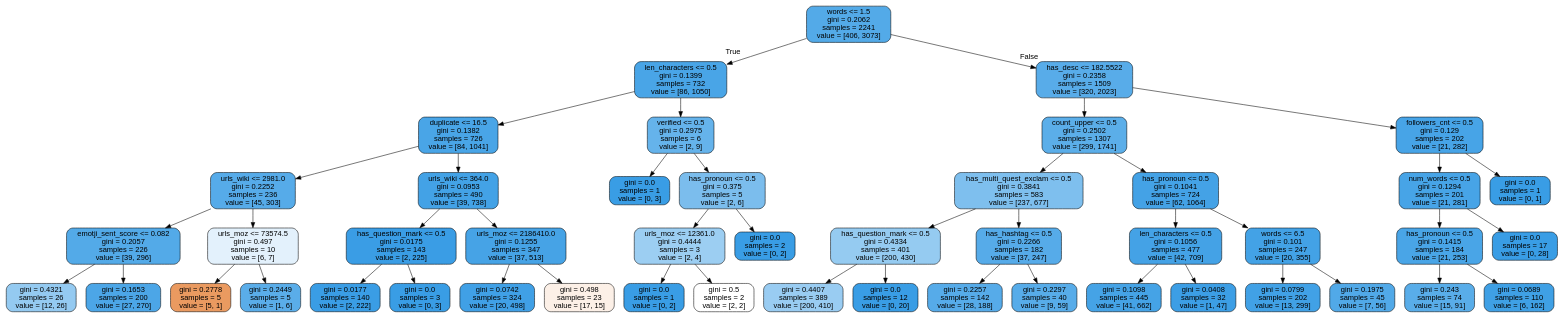
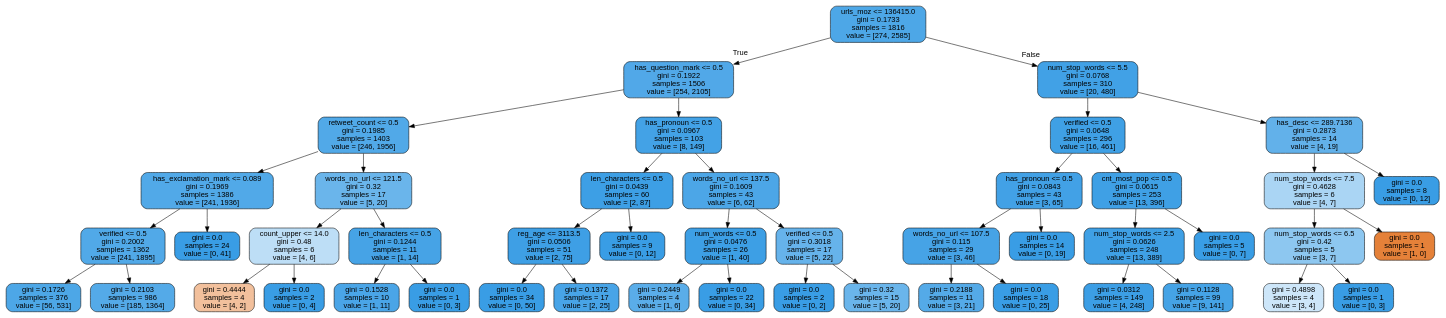
The diagram in Python/twitter_filter/trees/dtree8.dot (burningskies42/Twitter_Analytics), drawn with Graphviz before and after one commit. The commit also changed 96 other files, not shown here.

```diff
--- a/Python/twitter_filter/trees/dtree8.dot
+++ b/Python/twitter_filter/trees/dtree8.dot
@@ -1,97 +1,97 @@
 digraph Tree {
 node [shape=box, style="filled, rounded", color="black", fontname=helvetica] ;
 edge [fontname=helvetica] ;
-0 [label="words <= 1.5\ngini = 0.2062\nsamples = 2241\nvalue = [406, 3073]", fillcolor="#399de5dd"] ;
-1 [label="len_characters <= 0.5\ngini = 0.1399\nsamples = 732\nvalue = [86, 1050]", fillcolor="#399de5ea"] ;
+0 [label="urls_moz <= 136415.0\ngini = 0.1733\nsamples = 1816\nvalue = [274, 2585]", fillcolor="#399de5e4"] ;
+1 [label="has_question_mark <= 0.5\ngini = 0.1922\nsamples = 1506\nvalue = [254, 2105]", fillcolor="#399de5e0"] ;
 0 -> 1 [labeldistance=2.5, labelangle=45, headlabel="True"] ;
-2 [label="duplicate <= 16.5\ngini = 0.1382\nsamples = 726\nvalue = [84, 1041]", fillcolor="#399de5ea"] ;
+2 [label="retweet_count <= 0.5\ngini = 0.1985\nsamples = 1403\nvalue = [246, 1956]", fillcolor="#399de5df"] ;
 1 -> 2 ;
-3 [label="urls_wiki <= 2981.0\ngini = 0.2252\nsamples = 236\nvalue = [45, 303]", fillcolor="#399de5d9"] ;
+3 [label="has_exclamation_mark <= 0.089\ngini = 0.1969\nsamples = 1386\nvalue = [241, 1936]", fillcolor="#399de5df"] ;
 2 -> 3 ;
-4 [label="emotji_sent_score <= 0.082\ngini = 0.2057\nsamples = 226\nvalue = [39, 296]", fillcolor="#399de5dd"] ;
+4 [label="verified <= 0.5\ngini = 0.2002\nsamples = 1362\nvalue = [241, 1895]", fillcolor="#399de5df"] ;
 3 -> 4 ;
-5 [label="gini = 0.4321\nsamples = 26\nvalue = [12, 26]", fillcolor="#399de589"] ;
+5 [label="gini = 0.1726\nsamples = 376\nvalue = [56, 531]", fillcolor="#399de5e4"] ;
 4 -> 5 ;
-6 [label="gini = 0.1653\nsamples = 200\nvalue = [27, 270]", fillcolor="#399de5e6"] ;
+6 [label="gini = 0.2103\nsamples = 986\nvalue = [185, 1364]", fillcolor="#399de5dc"] ;
 4 -> 6 ;
-7 [label="urls_moz <= 73574.5\ngini = 0.497\nsamples = 10\nvalue = [6, 7]", fillcolor="#399de524"] ;
+7 [label="gini = 0.0\nsamples = 24\nvalue = [0, 41]", fillcolor="#399de5ff"] ;
 3 -> 7 ;
-8 [label="gini = 0.2778\nsamples = 5\nvalue = [5, 1]", fillcolor="#e58139cc"] ;
-7 -> 8 ;
-9 [label="gini = 0.2449\nsamples = 5\nvalue = [1, 6]", fillcolor="#399de5d4"] ;
-7 -> 9 ;
-10 [label="urls_wiki <= 364.0\ngini = 0.0953\nsamples = 490\nvalue = [39, 738]", fillcolor="#399de5f2"] ;
-2 -> 10 ;
-11 [label="has_question_mark <= 0.5\ngini = 0.0175\nsamples = 143\nvalue = [2, 225]", fillcolor="#399de5fd"] ;
-10 -> 11 ;
-12 [label="gini = 0.0177\nsamples = 140\nvalue = [2, 222]", fillcolor="#399de5fd"] ;
-11 -> 12 ;
-13 [label="gini = 0.0\nsamples = 3\nvalue = [0, 3]", fillcolor="#399de5ff"] ;
-11 -> 13 ;
-14 [label="urls_moz <= 2186410.0\ngini = 0.1255\nsamples = 347\nvalue = [37, 513]", fillcolor="#399de5ed"] ;
-10 -> 14 ;
-15 [label="gini = 0.0742\nsamples = 324\nvalue = [20, 498]", fillcolor="#399de5f5"] ;
-14 -> 15 ;
-16 [label="gini = 0.498\nsamples = 23\nvalue = [17, 15]", fillcolor="#e581391e"] ;
-14 -> 16 ;
-17 [label="verified <= 0.5\ngini = 0.2975\nsamples = 6\nvalue = [2, 9]", fillcolor="#399de5c6"] ;
-1 -> 17 ;
-18 [label="gini = 0.0\nsamples = 1\nvalue = [0, 3]", fillcolor="#399de5ff"] ;
+8 [label="words_no_url <= 121.5\ngini = 0.32\nsamples = 17\nvalue = [5, 20]", fillcolor="#399de5bf"] ;
+2 -> 8 ;
+9 [label="count_upper <= 14.0\ngini = 0.48\nsamples = 6\nvalue = [4, 6]", fillcolor="#399de555"] ;
+8 -> 9 ;
+10 [label="gini = 0.4444\nsamples = 4\nvalue = [4, 2]", fillcolor="#e581397f"] ;
+9 -> 10 ;
+11 [label="gini = 0.0\nsamples = 2\nvalue = [0, 4]", fillcolor="#399de5ff"] ;
+9 -> 11 ;
+12 [label="len_characters <= 0.5\ngini = 0.1244\nsamples = 11\nvalue = [1, 14]", fillcolor="#399de5ed"] ;
+8 -> 12 ;
+13 [label="gini = 0.1528\nsamples = 10\nvalue = [1, 11]", fillcolor="#399de5e8"] ;
+12 -> 13 ;
+14 [label="gini = 0.0\nsamples = 1\nvalue = [0, 3]", fillcolor="#399de5ff"] ;
+12 -> 14 ;
+15 [label="has_pronoun <= 0.5\ngini = 0.0967\nsamples = 103\nvalue = [8, 149]", fillcolor="#399de5f1"] ;
+1 -> 15 ;
+16 [label="len_characters <= 0.5\ngini = 0.0439\nsamples = 60\nvalue = [2, 87]", fillcolor="#399de5f9"] ;
+15 -> 16 ;
+17 [label="reg_age <= 3113.5\ngini = 0.0506\nsamples = 51\nvalue = [2, 75]", fillcolor="#399de5f8"] ;
+16 -> 17 ;
+18 [label="gini = 0.0\nsamples = 34\nvalue = [0, 50]", fillcolor="#399de5ff"] ;
 17 -> 18 ;
-19 [label="has_pronoun <= 0.5\ngini = 0.375\nsamples = 5\nvalue = [2, 6]", fillcolor="#399de5aa"] ;
+19 [label="gini = 0.1372\nsamples = 17\nvalue = [2, 25]", fillcolor="#399de5eb"] ;
 17 -> 19 ;
-20 [label="urls_moz <= 12361.0\ngini = 0.4444\nsamples = 3\nvalue = [2, 4]", fillcolor="#399de57f"] ;
-19 -> 20 ;
-21 [label="gini = 0.0\nsamples = 1\nvalue = [0, 2]", fillcolor="#399de5ff"] ;
-20 -> 21 ;
-22 [label="gini = 0.5\nsamples = 2\nvalue = [2, 2]", fillcolor="#e5813900"] ;
-20 -> 22 ;
-23 [label="gini = 0.0\nsamples = 2\nvalue = [0, 2]", fillcolor="#399de5ff"] ;
-19 -> 23 ;
-24 [label="has_desc <= 182.5522\ngini = 0.2358\nsamples = 1509\nvalue = [320, 2023]", fillcolor="#399de5d7"] ;
-0 -> 24 [labeldistance=2.5, labelangle=-45, headlabel="False"] ;
-25 [label="count_upper <= 0.5\ngini = 0.2502\nsamples = 1307\nvalue = [299, 1741]", fillcolor="#399de5d3"] ;
-24 -> 25 ;
-26 [label="has_multi_quest_exclam <= 0.5\ngini = 0.3841\nsamples = 583\nvalue = [237, 677]", fillcolor="#399de5a6"] ;
+20 [label="gini = 0.0\nsamples = 9\nvalue = [0, 12]", fillcolor="#399de5ff"] ;
+16 -> 20 ;
+21 [label="words_no_url <= 137.5\ngini = 0.1609\nsamples = 43\nvalue = [6, 62]", fillcolor="#399de5e6"] ;
+15 -> 21 ;
+22 [label="num_words <= 0.5\ngini = 0.0476\nsamples = 26\nvalue = [1, 40]", fillcolor="#399de5f9"] ;
+21 -> 22 ;
+23 [label="gini = 0.2449\nsamples = 4\nvalue = [1, 6]", fillcolor="#399de5d4"] ;
+22 -> 23 ;
+24 [label="gini = 0.0\nsamples = 22\nvalue = [0, 34]", fillcolor="#399de5ff"] ;
+22 -> 24 ;
+25 [label="verified <= 0.5\ngini = 0.3018\nsamples = 17\nvalue = [5, 22]", fillcolor="#399de5c5"] ;
+21 -> 25 ;
+26 [label="gini = 0.0\nsamples = 2\nvalue = [0, 2]", fillcolor="#399de5ff"] ;
 25 -> 26 ;
-27 [label="has_question_mark <= 0.5\ngini = 0.4334\nsamples = 401\nvalue = [200, 430]", fillcolor="#399de588"] ;
-26 -> 27 ;
-28 [label="gini = 0.4407\nsamples = 389\nvalue = [200, 410]", fillcolor="#399de583"] ;
-27 -> 28 ;
-29 [label="gini = 0.0\nsamples = 12\nvalue = [0, 20]", fillcolor="#399de5ff"] ;
-27 -> 29 ;
-30 [label="has_hashtag <= 0.5\ngini = 0.2266\nsamples = 182\nvalue = [37, 247]", fillcolor="#399de5d9"] ;
-26 -> 30 ;
-31 [label="gini = 0.2257\nsamples = 142\nvalue = [28, 188]", fillcolor="#399de5d9"] ;
+27 [label="gini = 0.32\nsamples = 15\nvalue = [5, 20]", fillcolor="#399de5bf"] ;
+25 -> 27 ;
+28 [label="num_stop_words <= 5.5\ngini = 0.0768\nsamples = 310\nvalue = [20, 480]", fillcolor="#399de5f4"] ;
+0 -> 28 [labeldistance=2.5, labelangle=-45, headlabel="False"] ;
+29 [label="verified <= 0.5\ngini = 0.0648\nsamples = 296\nvalue = [16, 461]", fillcolor="#399de5f6"] ;
+28 -> 29 ;
+30 [label="has_pronoun <= 0.5\ngini = 0.0843\nsamples = 43\nvalue = [3, 65]", fillcolor="#399de5f3"] ;
+29 -> 30 ;
+31 [label="words_no_url <= 107.5\ngini = 0.115\nsamples = 29\nvalue = [3, 46]", fillcolor="#399de5ee"] ;
 30 -> 31 ;
-32 [label="gini = 0.2297\nsamples = 40\nvalue = [9, 59]", fillcolor="#399de5d8"] ;
-30 -> 32 ;
-33 [label="has_pronoun <= 0.5\ngini = 0.1041\nsamples = 724\nvalue = [62, 1064]", fillcolor="#399de5f0"] ;
-25 -> 33 ;
-34 [label="len_characters <= 0.5\ngini = 0.1056\nsamples = 477\nvalue = [42, 709]", fillcolor="#399de5f0"] ;
-33 -> 34 ;
-35 [label="gini = 0.1098\nsamples = 445\nvalue = [41, 662]", fillcolor="#399de5ef"] ;
-34 -> 35 ;
-36 [label="gini = 0.0408\nsamples = 32\nvalue = [1, 47]", fillcolor="#399de5fa"] ;
-34 -> 36 ;
-37 [label="words <= 6.5\ngini = 0.101\nsamples = 247\nvalue = [20, 355]", fillcolor="#399de5f1"] ;
-33 -> 37 ;
-38 [label="gini = 0.0799\nsamples = 202\nvalue = [13, 299]", fillcolor="#399de5f4"] ;
-37 -> 38 ;
-39 [label="gini = 0.1975\nsamples = 45\nvalue = [7, 56]", fillcolor="#399de5df"] ;
-37 -> 39 ;
-40 [label="followers_cnt <= 0.5\ngini = 0.129\nsamples = 202\nvalue = [21, 282]", fillcolor="#399de5ec"] ;
-24 -> 40 ;
-41 [label="num_words <= 0.5\ngini = 0.1294\nsamples = 201\nvalue = [21, 281]", fillcolor="#399de5ec"] ;
+32 [label="gini = 0.2188\nsamples = 11\nvalue = [3, 21]", fillcolor="#399de5db"] ;
+31 -> 32 ;
+33 [label="gini = 0.0\nsamples = 18\nvalue = [0, 25]", fillcolor="#399de5ff"] ;
+31 -> 33 ;
+34 [label="gini = 0.0\nsamples = 14\nvalue = [0, 19]", fillcolor="#399de5ff"] ;
+30 -> 34 ;
+35 [label="cnt_most_pop <= 0.5\ngini = 0.0615\nsamples = 253\nvalue = [13, 396]", fillcolor="#399de5f7"] ;
+29 -> 35 ;
+36 [label="num_stop_words <= 2.5\ngini = 0.0626\nsamples = 248\nvalue = [13, 389]", fillcolor="#399de5f6"] ;
+35 -> 36 ;
+37 [label="gini = 0.0312\nsamples = 149\nvalue = [4, 248]", fillcolor="#399de5fb"] ;
+36 -> 37 ;
+38 [label="gini = 0.1128\nsamples = 99\nvalue = [9, 141]", fillcolor="#399de5ef"] ;
+36 -> 38 ;
+39 [label="gini = 0.0\nsamples = 5\nvalue = [0, 7]", fillcolor="#399de5ff"] ;
+35 -> 39 ;
+40 [label="has_desc <= 289.7136\ngini = 0.2873\nsamples = 14\nvalue = [4, 19]", fillcolor="#399de5c9"] ;
+28 -> 40 ;
+41 [label="num_stop_words <= 7.5\ngini = 0.4628\nsamples = 6\nvalue = [4, 7]", fillcolor="#399de56d"] ;
 40 -> 41 ;
-42 [label="has_pronoun <= 0.5\ngini = 0.1415\nsamples = 184\nvalue = [21, 253]", fillcolor="#399de5ea"] ;
+42 [label="num_stop_words <= 6.5\ngini = 0.42\nsamples = 5\nvalue = [3, 7]", fillcolor="#399de592"] ;
 41 -> 42 ;
-43 [label="gini = 0.243\nsamples = 74\nvalue = [15, 91]", fillcolor="#399de5d5"] ;
+43 [label="gini = 0.4898\nsamples = 4\nvalue = [3, 4]", fillcolor="#399de540"] ;
 42 -> 43 ;
-44 [label="gini = 0.0689\nsamples = 110\nvalue = [6, 162]", fillcolor="#399de5f6"] ;
+44 [label="gini = 0.0\nsamples = 1\nvalue = [0, 3]", fillcolor="#399de5ff"] ;
 42 -> 44 ;
-45 [label="gini = 0.0\nsamples = 17\nvalue = [0, 28]", fillcolor="#399de5ff"] ;
+45 [label="gini = 0.0\nsamples = 1\nvalue = [1, 0]", fillcolor="#e58139ff"] ;
 41 -> 45 ;
-46 [label="gini = 0.0\nsamples = 1\nvalue = [0, 1]", fillcolor="#399de5ff"] ;
+46 [label="gini = 0.0\nsamples = 8\nvalue = [0, 12]", fillcolor="#399de5ff"] ;
 40 -> 46 ;
 }
```
